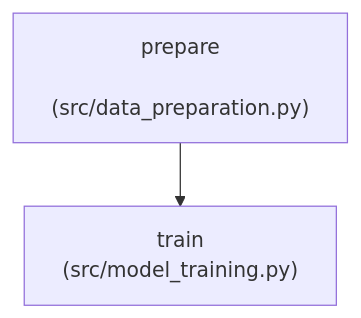
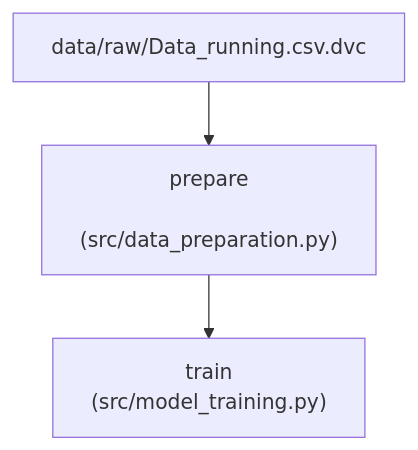
The diagram in README.md (YEZHAA/Tugas-Akhir-Proyek-Data-Mining), drawn with Mermaid before and after one commit.

Commit message:
update: menyempurnakan grafik DAG dengan sumber data mentah

````diff
--- a/README.md
+++ b/README.md
@@ -8,8 +8,10 @@
 ```mermaid
 flowchart TD
-    node1["prepare
+    node1["data/raw/Data_running.csv.dvc"]
+    node2["prepare
     (src/data_preparation.py)"]
-    node2["train
+    node3["train
     (src/model_training.py)"]
     node1-->node2
+    node2-->node3
 ```
````
